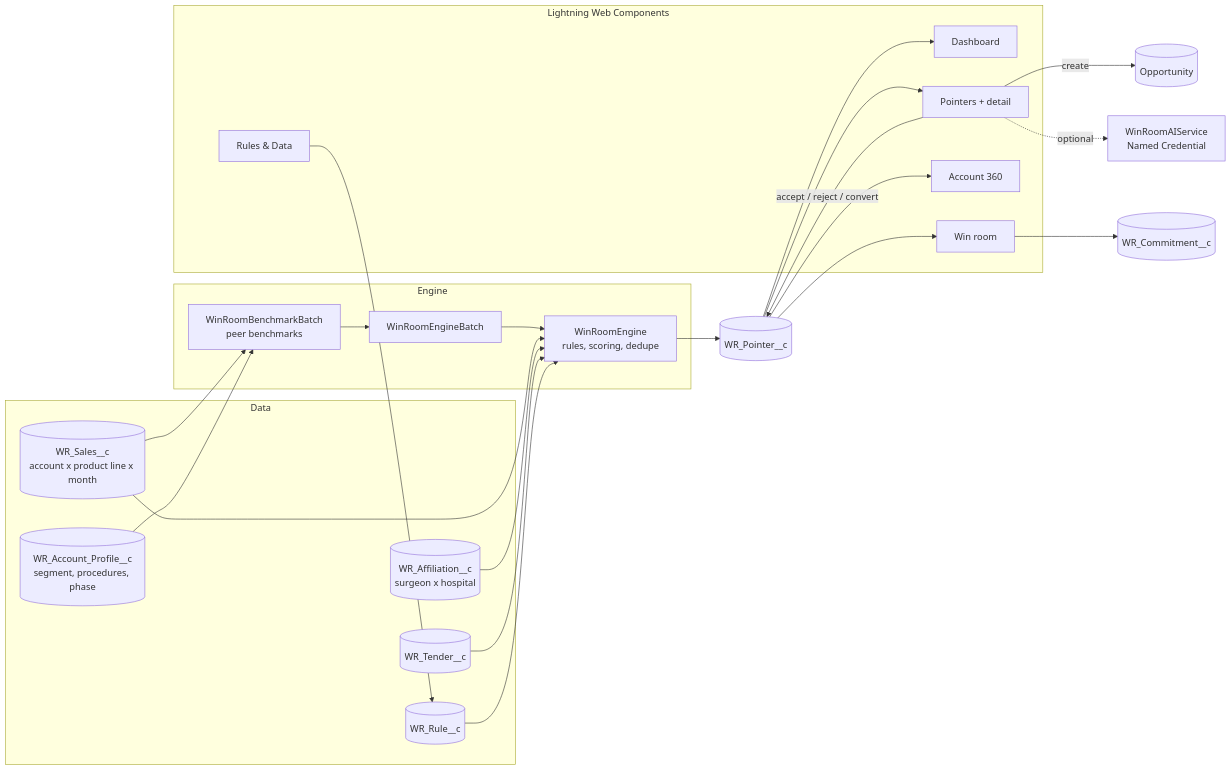
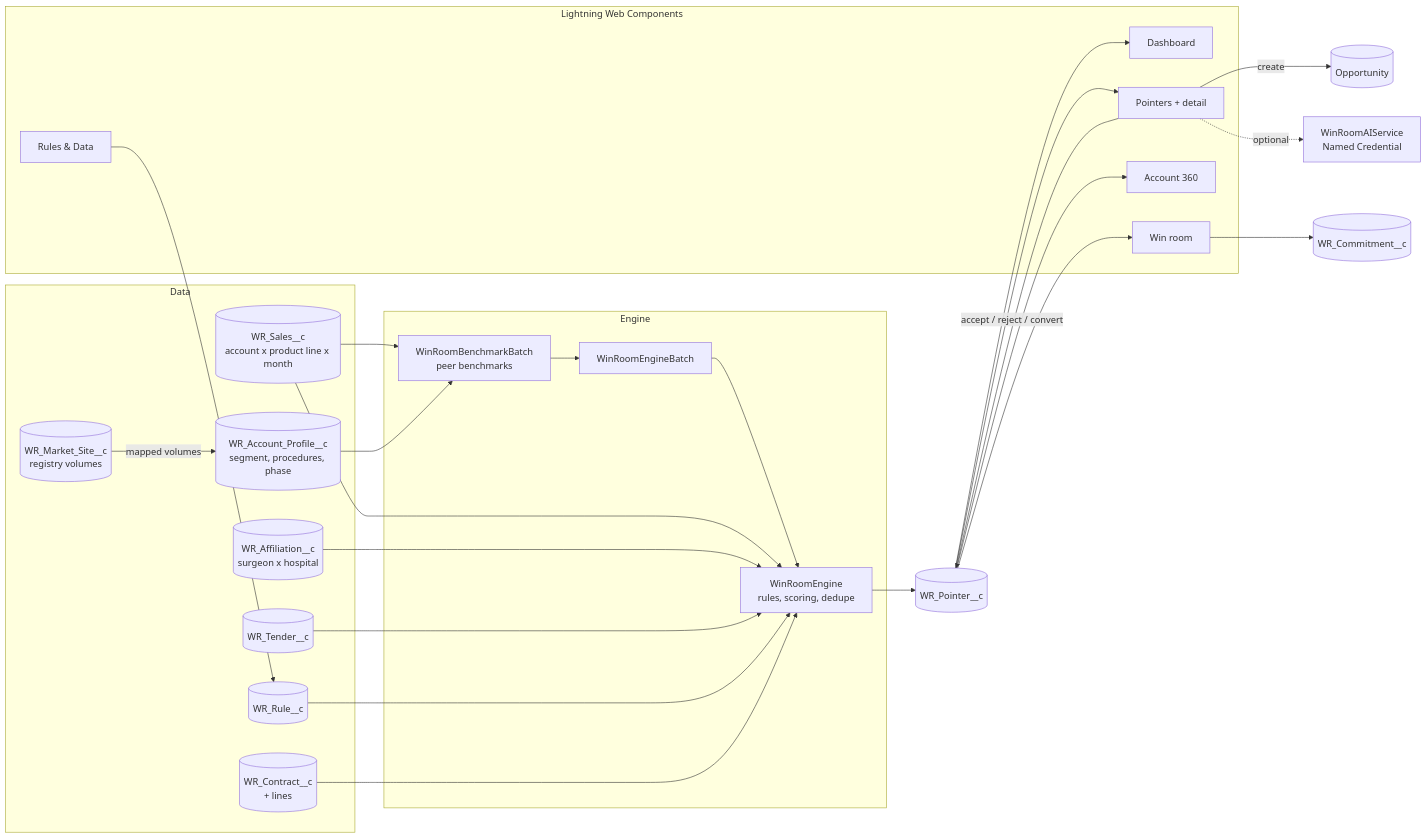
One commit to Ricardo19-Deve/salesforce-signal-room changed the diagram in README.md. Above: the diagram before and after it, drawn with Mermaid. The commit also changed other lines of this file and 83 other files, not shown here.

First line of the commit message:
Contracts compliance and public registry market view

````diff
--- a/README.md
+++ b/README.md
@@ -32,31 +36,34 @@
 ```mermaid
 flowchart LR
     subgraph Data
         S[(WR_Sales__c<br/>account x product line x month)]
         P[(WR_Account_Profile__c<br/>segment, procedures, phase)]
         A[(WR_Affiliation__c<br/>surgeon x hospital)]
         T[(WR_Tender__c)]
         R[(WR_Rule__c)]
+        K[(WR_Contract__c<br/>+ lines)]
+        M[(WR_Market_Site__c<br/>registry volumes)]
     end
     subgraph Engine
         B[WinRoomBenchmarkBatch<br/>peer benchmarks]
         E[WinRoomEngineBatch]
         W[WinRoomEngine<br/>rules, scoring, dedupe]
     end
     subgraph Portal[Lightning Web Components]
         D[Dashboard]
         PT[Pointers + detail]
         AC[Account 360]
         WR[Win room]
         AD[Rules & Data]
     end
     S & P --> B --> E --> W
-    S & A & T & R --> W
+    S & A & T & R & K --> W
+    M -->|mapped volumes| P
     W --> PO[(WR_Pointer__c)]
     PO --> D & PT & AC & WR
     PT -->|accept / reject / convert| PO
     PT -->|create| O[(Opportunity)]
     WR --> C[(WR_Commitment__c)]
     PT -. optional .-> AI[WinRoomAIService<br/>Named Credential]
     AD --> R
 ```
````
